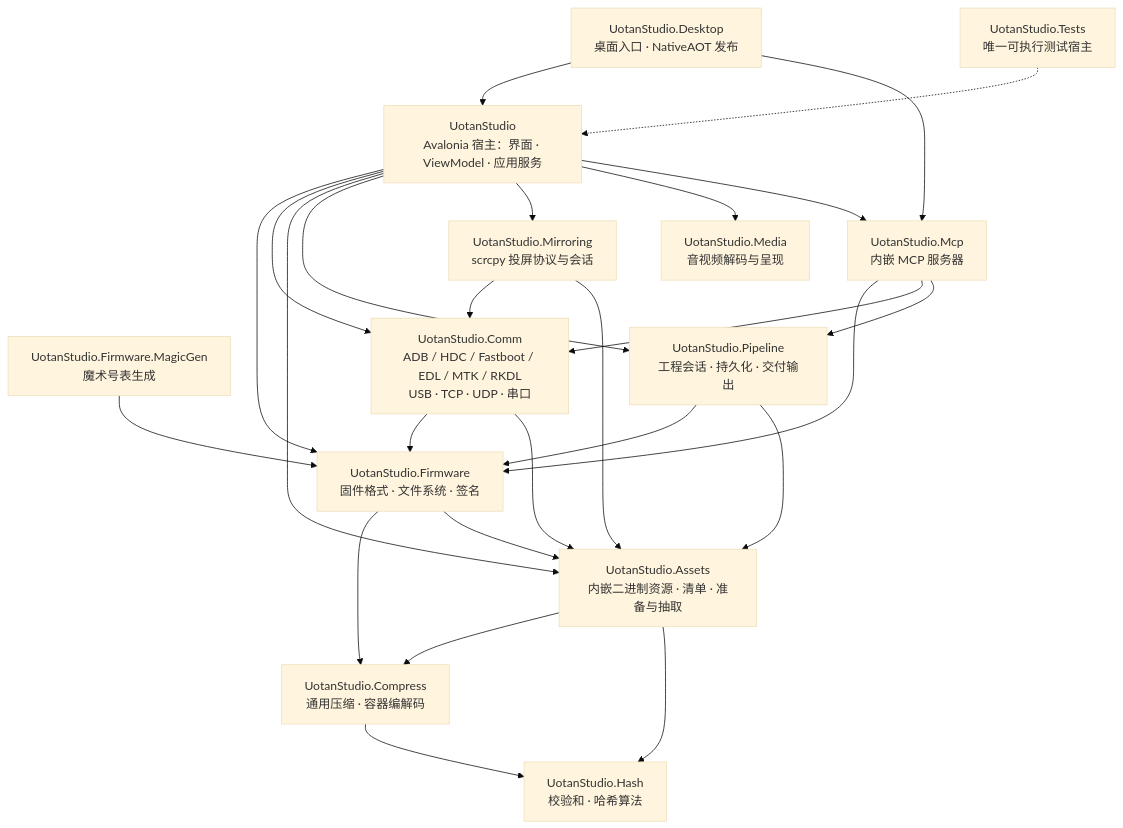
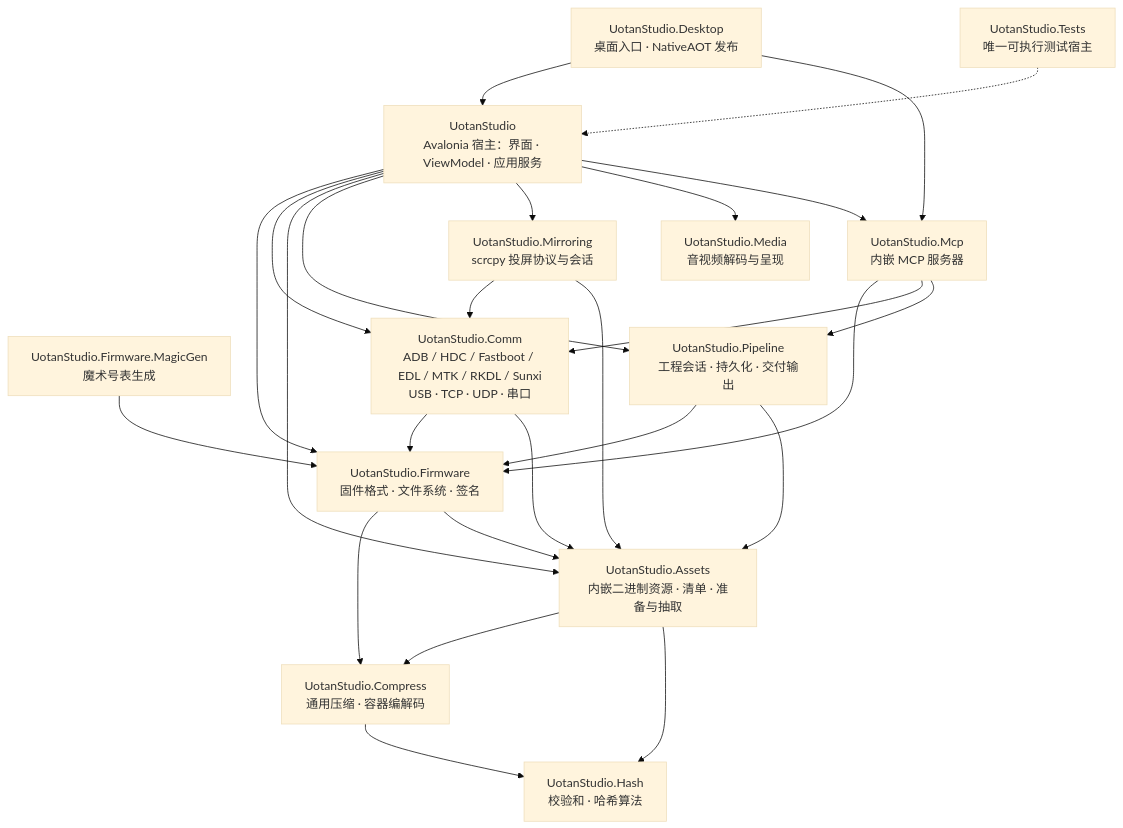
One commit to Uotan-Dev/UotanStudio changed the diagram in README.md. Above: the diagram before and after it, drawn with Mermaid (base theme). The commit also changed other lines of this file and 8 other files, not shown here.

````diff
--- a/README.md
+++ b/README.md
@@ -34,42 +34,42 @@
 ```mermaid
 flowchart TD
  Hash["UotanStudio.Hash<br/>校验和 · 哈希算法"]
  Compress["UotanStudio.Compress<br/>通用压缩 · 容器编解码"]
  Assets["UotanStudio.Assets<br/>内嵌二进制资源 · 清单 · 准备与抽取"]
  Firmware["UotanStudio.Firmware<br/>固件格式 · 文件系统 · 签名"]
  MagicGen["UotanStudio.Firmware.MagicGen<br/>魔术号表生成"]
  Pipeline["UotanStudio.Pipeline<br/>工程会话 · 持久化 · 交付输出"]
  Media["UotanStudio.Media<br/>音视频解码与呈现"]
- Comm["UotanStudio.Comm<br/>ADB / HDC / Fastboot / EDL / MTK / RKDL<br/>USB · TCP · UDP · 串口"]
+ Comm["UotanStudio.Comm<br/>ADB / HDC / Fastboot / EDL / MTK / RKDL / Sunxi<br/>USB · TCP · UDP · 串口"]
  Mirroring["UotanStudio.Mirroring<br/>scrcpy 投屏协议与会话"]
  Mcp["UotanStudio.Mcp<br/>内嵌 MCP 服务器"]
  Host["UotanStudio<br/>Avalonia 宿主：界面 · ViewModel · 应用服务"]
  Desktop["UotanStudio.Desktop<br/>桌面入口 · NativeAOT 发布"]
  Tests["UotanStudio.Tests<br/>唯一可执行测试宿主"]
 
  MagicGen --> Firmware
  Compress --> Hash
  Assets --> Compress
  Assets --> Hash
  Firmware --> Compress
  Firmware --> Assets
  Comm --> Firmware
  Comm --> Assets
  Pipeline --> Firmware
  Pipeline --> Assets
  Mirroring --> Comm
  Mirroring --> Assets
  Mcp --> Firmware
  Mcp --> Comm
  Mcp --> Pipeline
  Host --> Firmware
  Host --> Comm
  Host --> Assets
  Host --> Pipeline
  Host --> Mirroring
  Host --> Media
  Host --> Mcp
  Desktop --> Host
  Desktop --> Mcp
  Tests -.-> Host
 ```
````
